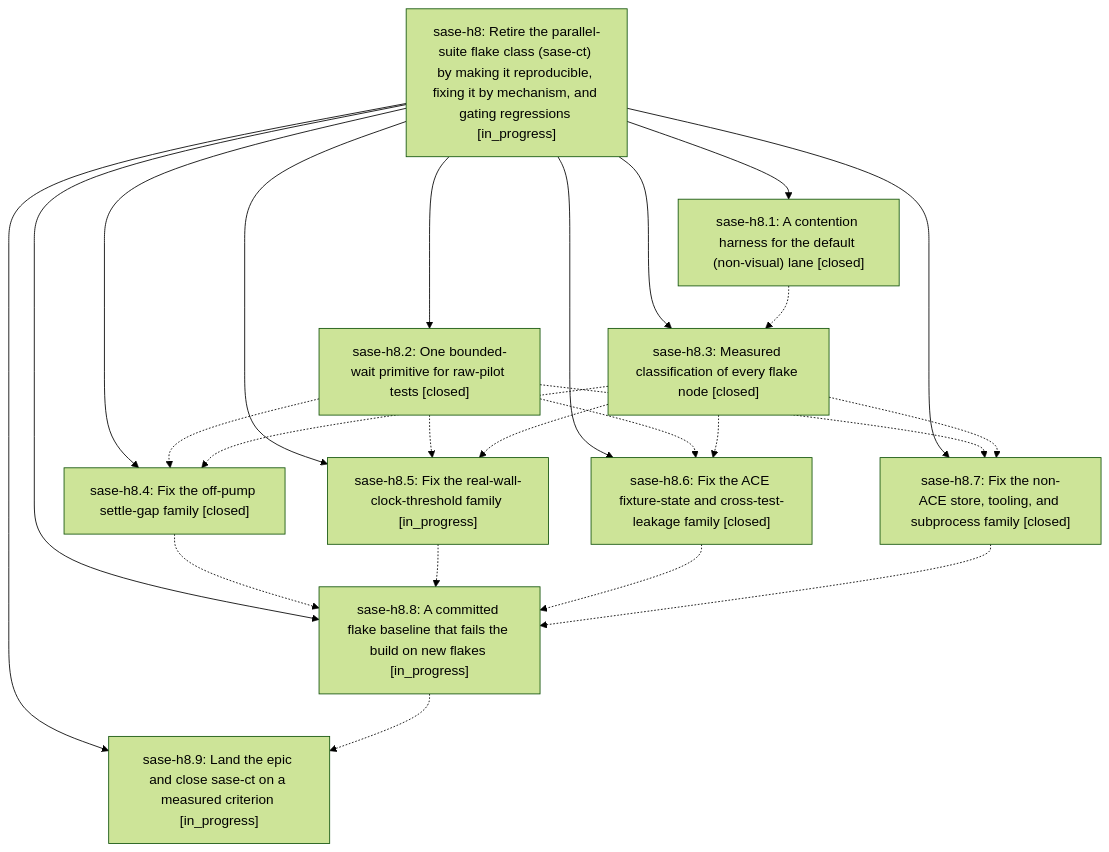
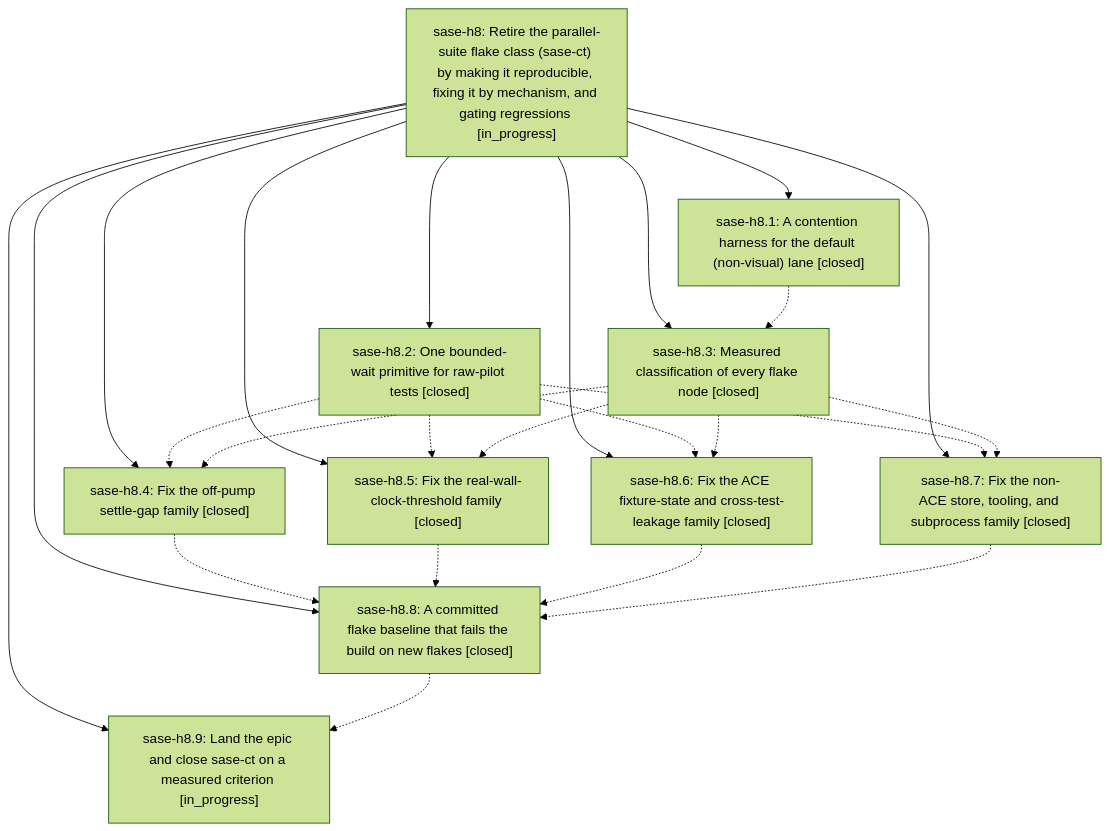
The diagram in pages/sase-h8/README.md (sase-org/sase--beads), drawn with Mermaid (forest theme) before and after one commit. The commit also changed other lines of this file and 8 other files, not shown here.

````diff
--- a/pages/sase-h8/README.md
+++ b/pages/sase-h8/README.md
@@ -40,36 +44,36 @@
 ```mermaid
 flowchart TD
     n0["sase-h8: Retire the parallel-suite flake class (sase-ct) by making it reproducible, fixing it by mechanism, and gating regressions [in_progress]"]
     n1["sase-h8.1: A contention harness for the default (non-visual) lane [closed]"]
     n2["sase-h8.2: One bounded-wait primitive for raw-pilot tests [closed]"]
     n3["sase-h8.3: Measured classification of every flake node [closed]"]
     n4["sase-h8.4: Fix the off-pump settle-gap family [closed]"]
-    n5["sase-h8.5: Fix the real-wall-clock-threshold family [in_progress]"]
+    n5["sase-h8.5: Fix the real-wall-clock-threshold family [closed]"]
     n6["sase-h8.6: Fix the ACE fixture-state and cross-test-leakage family [closed]"]
     n7["sase-h8.7: Fix the non-ACE store, tooling, and subprocess family [closed]"]
-    n8["sase-h8.8: A committed flake baseline that fails the build on new flakes [in_progress]"]
+    n8["sase-h8.8: A committed flake baseline that fails the build on new flakes [closed]"]
     n9["sase-h8.9: Land the epic and close sase-ct on a measured criterion [in_progress]"]
     n0 --> n1
     n0 --> n2
     n0 --> n3
     n0 --> n4
     n0 --> n5
     n0 --> n6
     n0 --> n7
     n0 --> n8
     n0 --> n9
     n1 -.-> n3
     n2 -.-> n4
     n2 -.-> n5
     n2 -.-> n6
     n2 -.-> n7
     n3 -.-> n4
     n3 -.-> n5
     n3 -.-> n6
     n3 -.-> n7
     n4 -.-> n8
     n5 -.-> n8
     n6 -.-> n8
     n7 -.-> n8
     n8 -.-> n9
 ```
````
